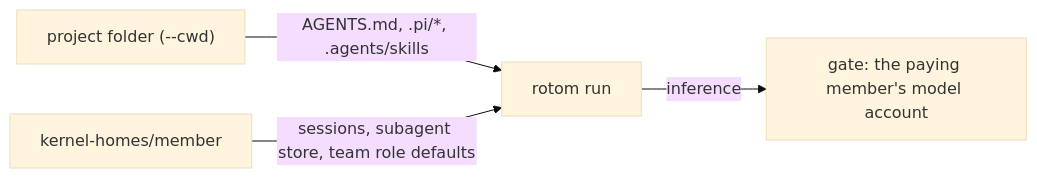
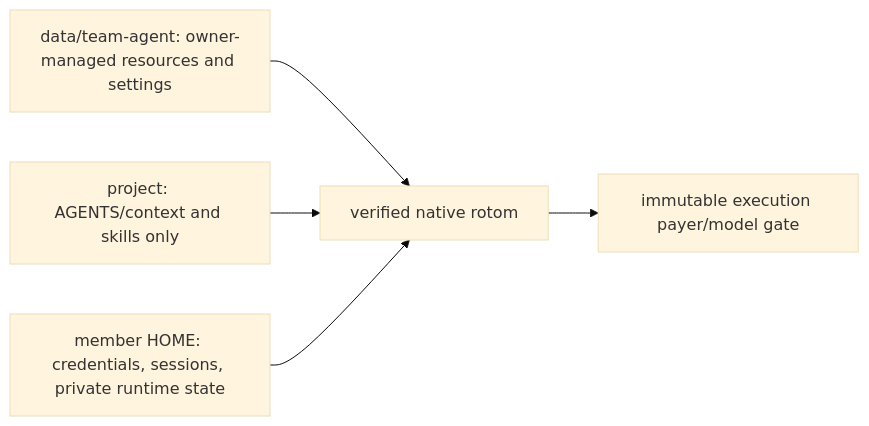
The diagram in docs/CONFIGURATION.md (bingjiang0611/rotom-team), drawn with Mermaid (base theme) before and after one commit. The commit also changed other lines of this file and 39 other files, not shown here.

Commit message:
feat: share native agent resources and fence command outcomes

````diff
--- a/docs/CONFIGURATION.md
+++ b/docs/CONFIGURATION.md
@@ -7,6 +5,7 @@
 ```mermaid
 flowchart LR
-    P["project folder (--cwd)"] -- AGENTS.md, .pi/*, .agents/skills --> R[rotom run]
-    H["kernel-homes/member"] -- sessions, subagent store, team role defaults --> R
-    R -- inference --> G[gate: the paying member's model account]
+    S["data/team-agent: owner-managed resources and settings"] --> R["verified native rotom"]
+    P["project: AGENTS/context and skills only"] --> R
+    H["member HOME: credentials, sessions, private runtime state"] --> R
+    R --> G["immutable execution payer/model gate"]
 ```
````
